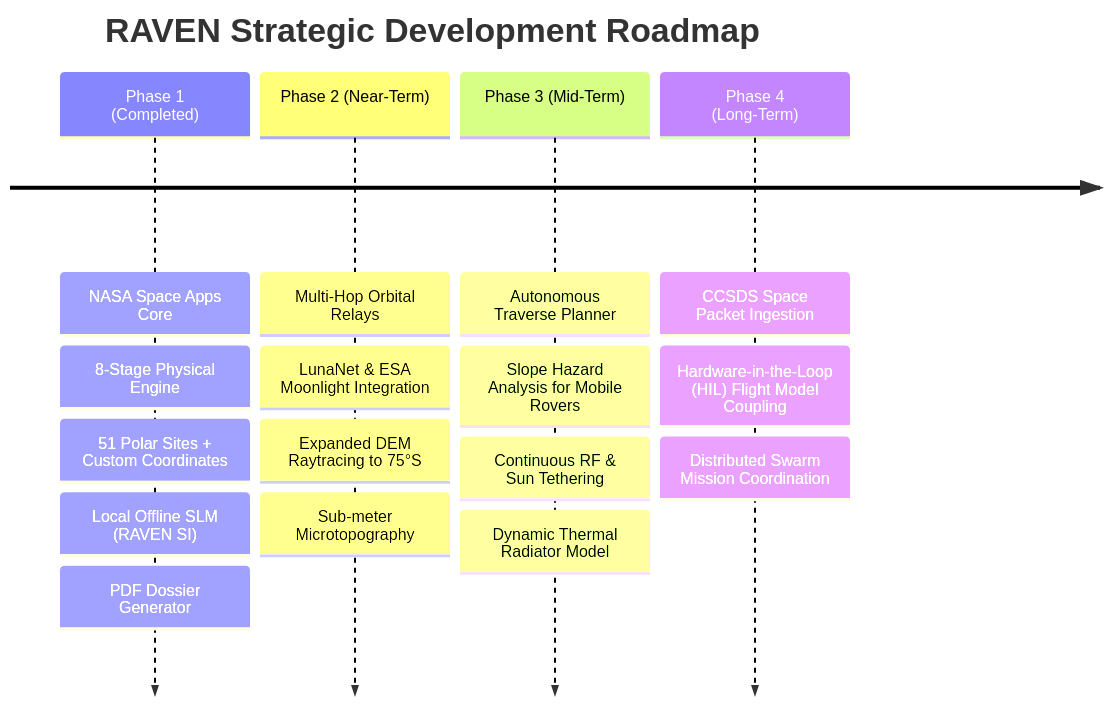
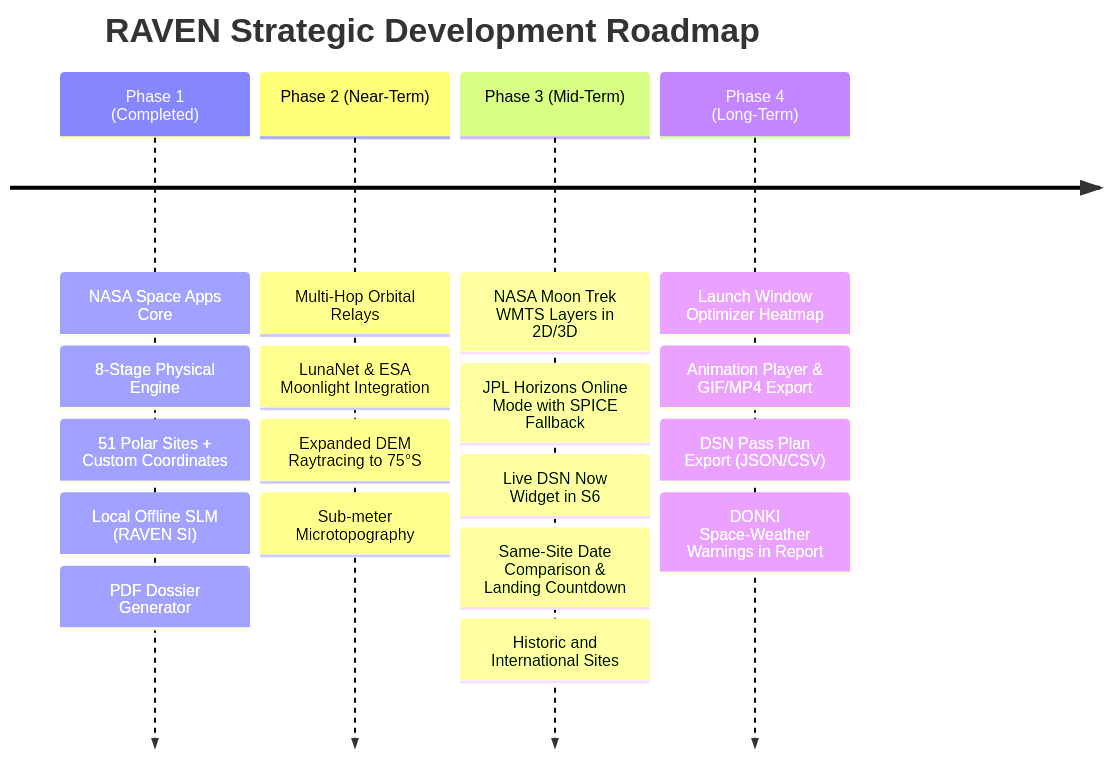
One commit to AlePompeo/RAVEN changed the second of 2 diagrams in README.md. Above: the diagram before and after it, drawn with Mermaid. The commit also changed other lines of this file and 23 other files, not shown here.

````diff
--- a/README.md
+++ b/README.md
@@ -166,8 +166,8 @@
 ```mermaid
 timeline
     title RAVEN Strategic Development Roadmap
     Phase 1 (Completed) : NASA Space Apps Core : 8-Stage Physical Engine : 51 Polar Sites + Custom Coordinates : Local Offline SLM (RAVEN SI) : PDF Dossier Generator
     Phase 2 (Near-Term) : Multi-Hop Orbital Relays : LunaNet & ESA Moonlight Integration : Expanded DEM Raytracing to 75°S : Sub-meter Microtopography
-    Phase 3 (Mid-Term) : Autonomous Traverse Planner : Slope Hazard Analysis for Mobile Rovers : Continuous RF & Sun Tethering : Dynamic Thermal Radiator Model
-    Phase 4 (Long-Term) : CCSDS Space Packet Ingestion : Hardware-in-the-Loop (HIL) Flight Model Coupling : Distributed Swarm Mission Coordination
+    Phase 3 (Mid-Term) : NASA Moon Trek WMTS Layers in 2D/3D : JPL Horizons Online Mode with SPICE Fallback : Live DSN Now Widget in S6 : Same-Site Date Comparison & Landing Countdown : Historic and International Sites
+    Phase 4 (Long-Term) : Launch Window Optimizer Heatmap : Animation Player & GIF/MP4 Export : DSN Pass Plan Export (JSON/CSV) : DONKI Space-Weather Warnings in Report
 ```
````
